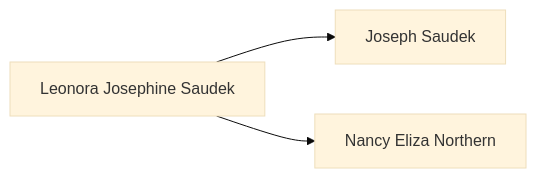
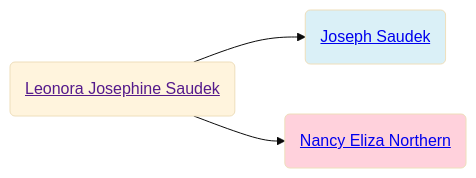
The first of 2 diagrams in familyhistory/sources/people/Neel-line/Blanton-line/Saudek-line/Leonora_Josephine_Saudek.qmd (neelsmith/avocational), drawn with Mermaid (base theme) before and after one commit. The commit also changed other lines of this file and 71 other files, not shown here.

````diff
--- a/familyhistory/sources/people/Neel-line/Blanton-line/Saudek-line/Leonora_Josephine_Saudek.qmd
+++ b/familyhistory/sources/people/Neel-line/Blanton-line/Saudek-line/Leonora_Josephine_Saudek.qmd
@@ -26,5 +26,11 @@
 ```{mermaid}
 graph LR
-Leonora_Josephine_Saudek[Leonora Josephine Saudek] -->  Joseph_Saudek[Joseph Saudek]
-Leonora_Josephine_Saudek[Leonora Josephine Saudek]  --> Nancy_Eliza_Northern[Nancy Eliza Northern]
+Leonora_Josephine_Saudek(<a href=''>Leonora Josephine Saudek</>) -->  Joseph_Saudek(<a href='./Joseph_Saudek.html'>Joseph Saudek</>)
+class Joseph_Saudek father
+Leonora_Josephine_Saudek(<a href=''>Leonora Josephine Saudek</>)  --> Nancy_Eliza_Northern(<a href='./Northern-line/Nancy_Eliza_Northern.html'>Nancy Eliza Northern</>)
+class Nancy_Eliza_Northern mother
+classDef mother fill:#ffd1dc
+classDef father fill:#daf0f7  
+classDef marriage fill:#ffffff
+
 ```
````
